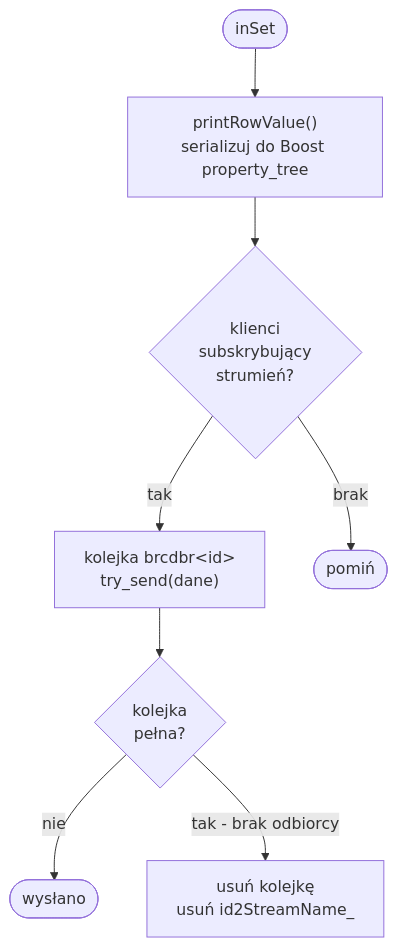
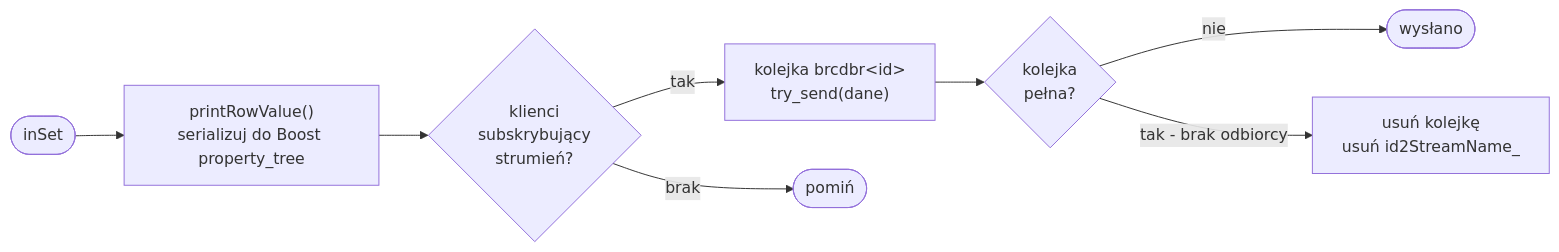
Before and after one commit to michalwidera/dokumentacja-rdb: the fifth of 6 diagrams in realizacja-zapytan/algorytm-przegladu-drzewa-zapytan.md, drawn with Mermaid. The commit also changed other lines of this file and 11 other files, not shown here.

````diff
--- a/realizacja-zapytan/algorytm-przegladu-drzewa-zapytan.md
+++ b/realizacja-zapytan/algorytm-przegladu-drzewa-zapytan.md
@@ -172,12 +172,13 @@
 ```mermaid
-%% pdf-width: 50%
+%% pdf-width: 85%
+%% pdf-height: 45%
 %%{init: {"markdownAutoWrap": false}}%%
-flowchart TB
+flowchart LR
     A([inSet]) --> B["printRowValue()<br/>serializuj do Boost property_tree"]
     B --> C{klienci<br/>subskrybujący<br/>strumień?}
     C -->|tak| D["kolejka brcdbr&lt;id&gt;<br/>try_send(dane)"]
     D --> E{kolejka<br/>pełna?}
     E -->|nie| F([wysłano])
     E -->|tak - brak odbiorcy| G["usuń kolejkę<br/>usuń id2StreamName_"]
     C -->|brak| H([pomiń])
 ```
````
